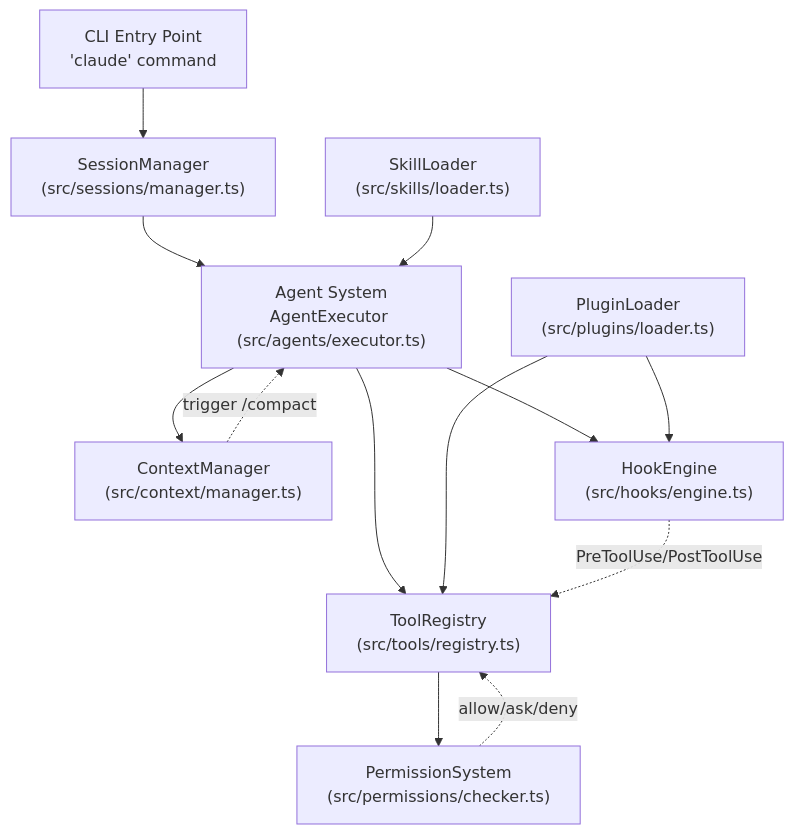
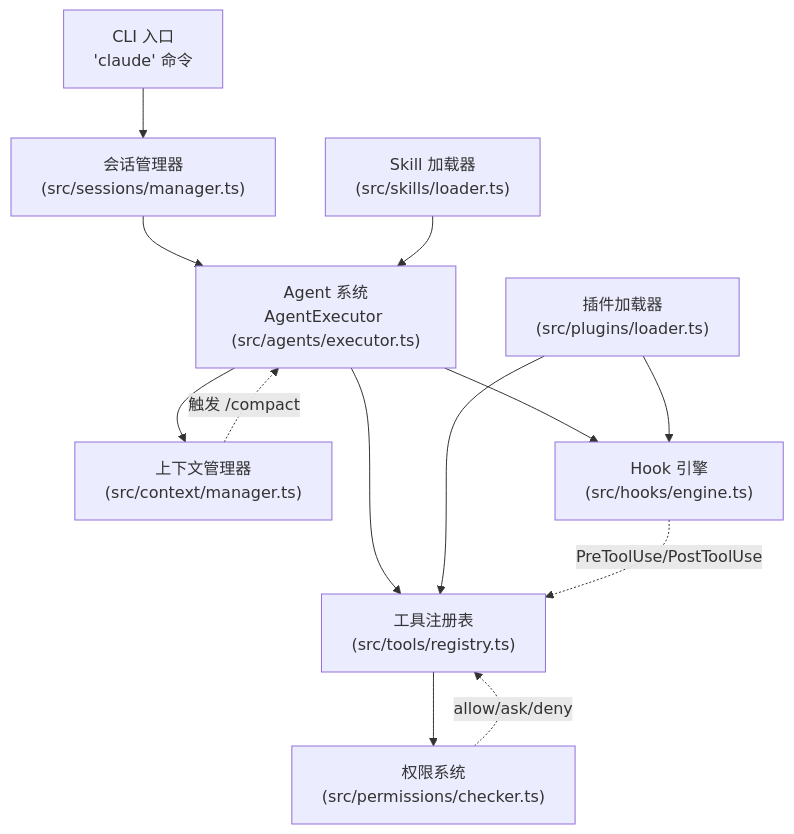
The first of 2 diagrams in wiki/claude-code/claude-code-core-systems.md (blog-archives/wiki), drawn with Mermaid before and after one commit. The commit also changed other lines of this file and 6 other files, not shown here.

````diff
--- a/wiki/claude-code/claude-code-core-systems.md
+++ b/wiki/claude-code/claude-code-core-systems.md
@@ -20,26 +16,26 @@
 ```mermaid
 graph TB
-    CLI["CLI Entry Point<br/>'claude' command"]
-    SessionMgr["SessionManager<br/>(src/sessions/manager.ts)"]
-    AgentCore["Agent System<br/>AgentExecutor (src/agents/executor.ts)"]
-    ContextMgr["ContextManager<br/>(src/context/manager.ts)"]
-    ToolRegistry["ToolRegistry<br/>(src/tools/registry.ts)"]
-    PermSystem["PermissionSystem<br/>(src/permissions/checker.ts)"]
-    HookEngine["HookEngine<br/>(src/hooks/engine.ts)"]
-    PluginLoader["PluginLoader<br/>(src/plugins/loader.ts)"]
-    SkillLoader["SkillLoader<br/>(src/skills/loader.ts)"]
+    CLI["CLI 入口<br/>'claude' 命令"]
+    SessionMgr["会话管理器<br/>(src/sessions/manager.ts)"]
+    AgentCore["Agent 系统<br/>AgentExecutor (src/agents/executor.ts)"]
+    ContextMgr["上下文管理器<br/>(src/context/manager.ts)"]
+    ToolRegistry["工具注册表<br/>(src/tools/registry.ts)"]
+    PermSystem["权限系统<br/>(src/permissions/checker.ts)"]
+    HookEngine["Hook 引擎<br/>(src/hooks/engine.ts)"]
+    PluginLoader["插件加载器<br/>(src/plugins/loader.ts)"]
+    SkillLoader["Skill 加载器<br/>(src/skills/loader.ts)"]
 
     CLI --> SessionMgr
     SessionMgr --> AgentCore
     AgentCore --> ContextMgr
     AgentCore --> ToolRegistry
     ToolRegistry --> PermSystem
     AgentCore --> HookEngine
     PluginLoader --> ToolRegistry
     PluginLoader --> HookEngine
     SkillLoader --> AgentCore
 
-    ContextMgr -.->|"trigger /compact"| AgentCore
+    ContextMgr -.->|"触发 /compact"| AgentCore
     HookEngine -.->|"PreToolUse/PostToolUse"| ToolRegistry
     PermSystem -.->|"allow/ask/deny"| ToolRegistry
 ```
````
